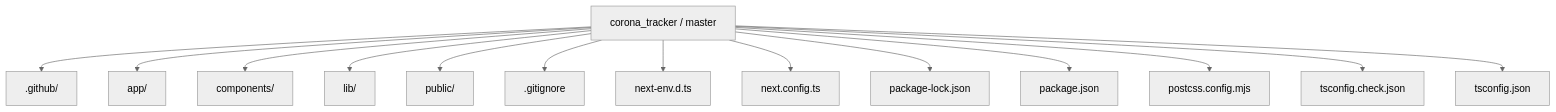
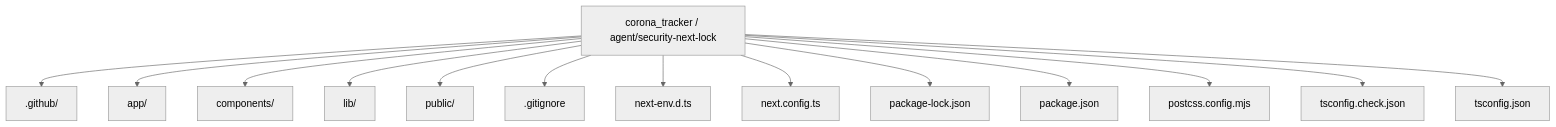
The first of 6 diagrams in README.md (Nischhalsubba/corona_tracker), drawn with Mermaid (neutral theme) before and after one commit. The commit also changed other lines of this file, not shown here.

````diff
--- a/README.md
+++ b/README.md
@@ -58,17 +58,17 @@
 ```mermaid
 flowchart TD
-    ROOT["corona_tracker / master"]
+    ROOT["corona_tracker / agent/security-next-lock"]
     ROOT --> P0[".github/"]
     ROOT --> P1["app/"]
     ROOT --> P2["components/"]
     ROOT --> P3["lib/"]
     ROOT --> P4["public/"]
     ROOT --> P5[".gitignore"]
     ROOT --> P6["next-env.d.ts"]
     ROOT --> P7["next.config.ts"]
     ROOT --> P8["package-lock.json"]
     ROOT --> P9["package.json"]
     ROOT --> P10["postcss.config.mjs"]
     ROOT --> P11["tsconfig.check.json"]
     ROOT --> P12["tsconfig.json"]
 ```
````
